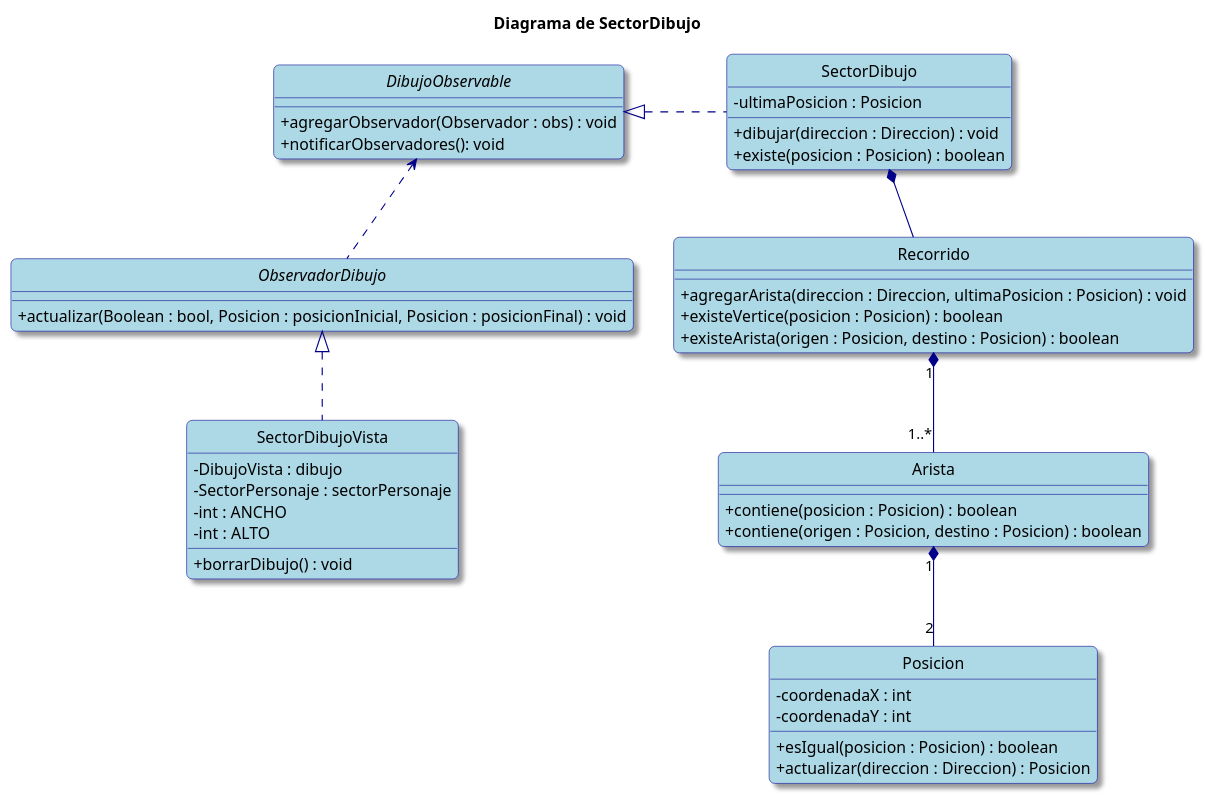
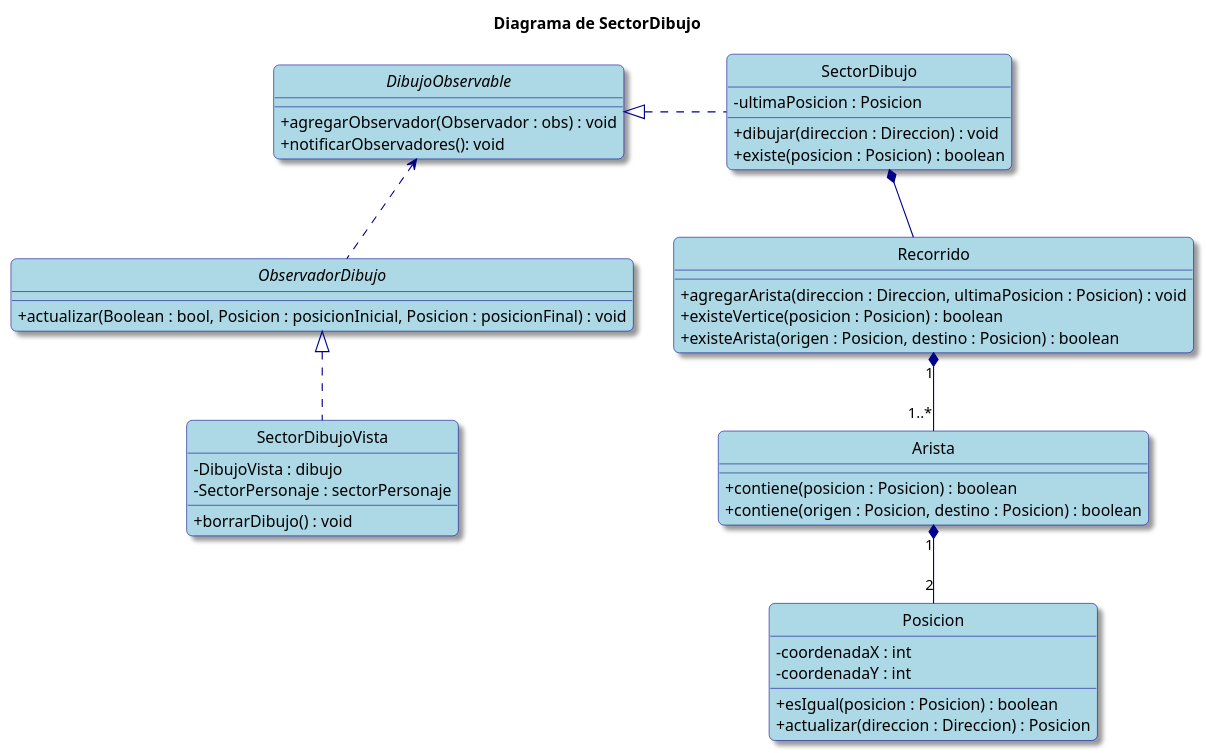
One commit to valva-ro/Algo3-TP2-AlgoBlocks changed the third of 5 diagrams in diagramas-clases.puml. Above: the diagram before and after it, drawn with PlantUML. The commit also changed other lines of this file and 1 other file, not shown here.

```diff
--- a/diagramas-clases.puml
+++ b/diagramas-clases.puml
@@ -142,71 +134,68 @@
 @startuml
 hide circle
 skinparam classAttributeIconSize 0
 skinparam backgroundColor White
 skinparam RoundCorner 10
 skinparam Shadowing true
 
 skinparam class {
     ArrowColor DarkBlue
     BackgroundColor LightBlue
     BorderColor DarkBlue
 }
 
 skinparam note {
     BackgroundColor LightYellow
     BorderColor DarkBlue
 }
 
 title Diagrama de SectorDibujo
 
 interface DibujoObservable{
     +agregarObservador(Observador : obs) : void
     +notificarObservadores(): void
 }
 
 interface ObservadorDibujo{
     +actualizar(Boolean : bool, Posicion : posicionInicial, Posicion : posicionFinal) : void
 }
 
 class SectorDibujo {
     - ultimaPosicion : Posicion
     + dibujar(direccion : Direccion) : void
     + existe(posicion : Posicion) : boolean
 }
 
 class Recorrido {
     + agregarArista(direccion : Direccion, ultimaPosicion : Posicion) : void
     + existeVertice(posicion : Posicion) : boolean
     + existeArista(origen : Posicion, destino : Posicion) : boolean
 }
 
 class Arista {
     + contiene(posicion : Posicion) : boolean
     + contiene(origen : Posicion, destino : Posicion) : boolean
 }
 
 class Posicion {
     - coordenadaX : int
     - coordenadaY : int
     + esIgual(posicion : Posicion) : boolean
     + actualizar(direccion : Direccion) : Posicion
 }
 
 class SectorDibujoVista{
     - DibujoVista : dibujo
     - SectorPersonaje : sectorPersonaje
-    - int : ANCHO
-    - int : ALTO
-
-    +borrarDibujo() : void
+    + borrarDibujo() : void
 
 }
 
 DibujoObservable <|..right SectorDibujo
 DibujoObservable <.. ObservadorDibujo
 SectorDibujo *-- Recorrido
 Recorrido "1" *-- "1..*" Arista
 Arista "1" *-- "2" Posicion
 ObservadorDibujo <|..down SectorDibujoVista
 
 @enduml
```
